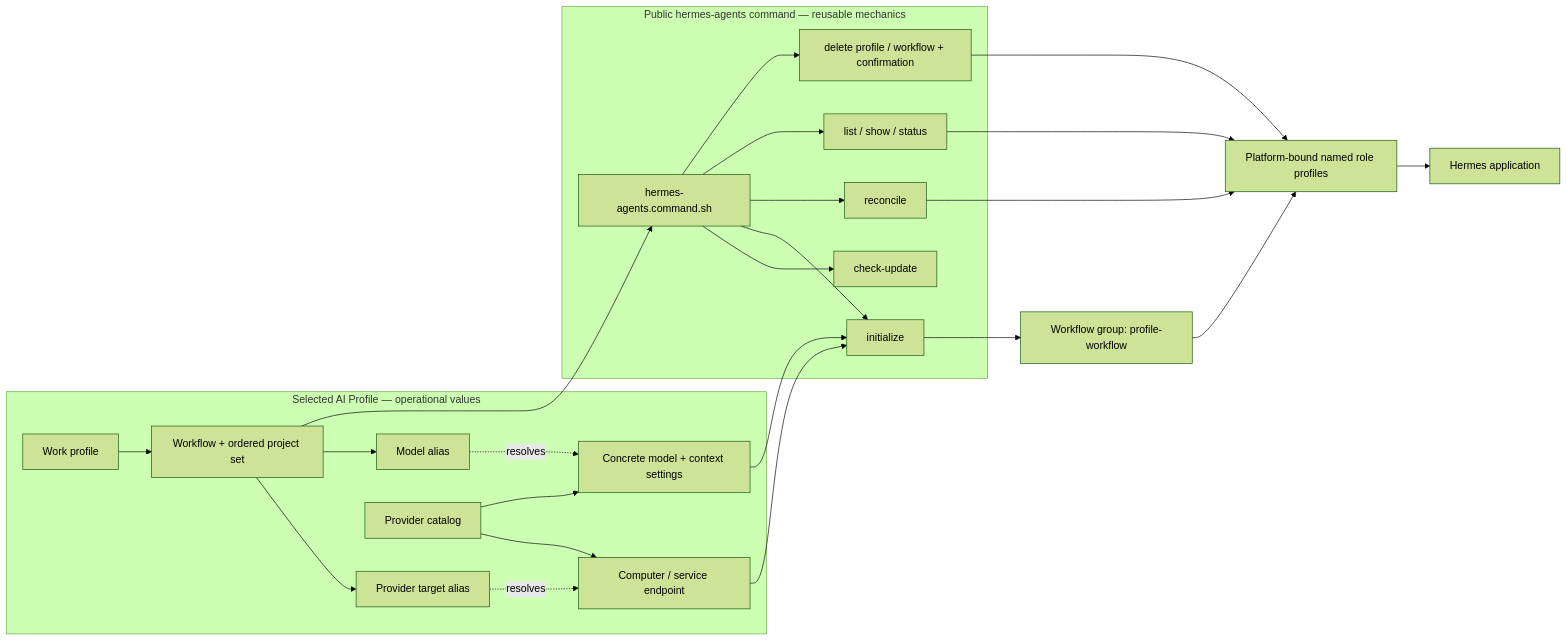
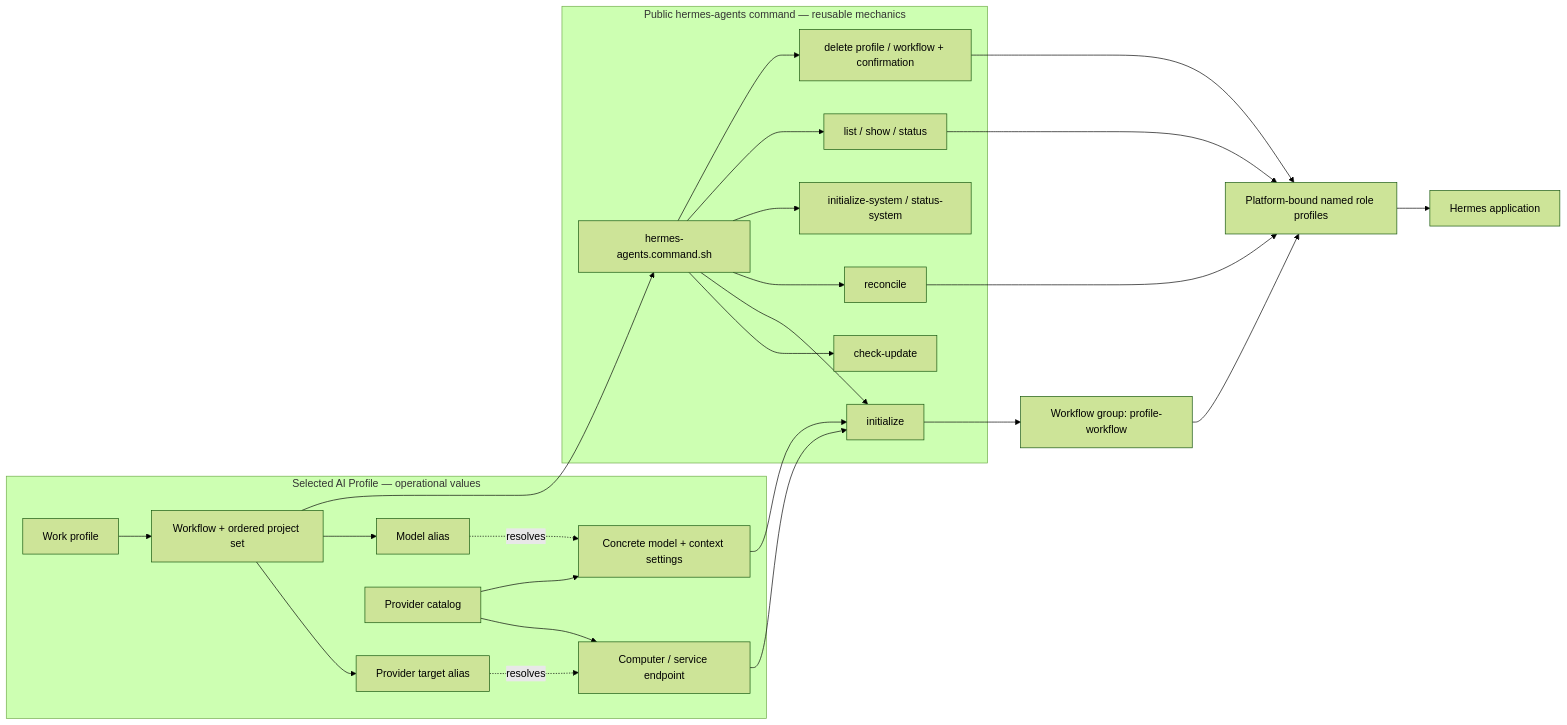
The diagram in ai-commands/hermes-agents/hermes-agents.command.md (starodubtsevconsulting/ai-fleas), drawn with Mermaid (forest theme) before and after one commit. The commit also changed other lines of this file and 10 other files, not shown here.

````diff
--- a/ai-commands/hermes-agents/hermes-agents.command.md
+++ b/ai-commands/hermes-agents/hermes-agents.command.md
@@ -10,36 +10,38 @@
 ```mermaid
 flowchart LR
   subgraph PrivateProfile["Selected AI Profile — operational values"]
     Profile["Work profile"] --> Workflow["Workflow + ordered project set"]
     Workflow --> TargetAlias["Provider target alias"]
     Workflow --> ModelAlias["Model alias"]
     Catalog["Provider catalog"] --> Target["Computer / service endpoint"]
     Catalog --> Model["Concrete model + context settings"]
     TargetAlias -. resolves .-> Target
     ModelAlias -. resolves .-> Model
   end
 
   subgraph PublicCommand["Public hermes-agents command — reusable mechanics"]
     Dispatcher["hermes-agents.command.sh"]
     CheckUpdate["check-update"]
     Initialize["initialize"]
     Reconcile["reconcile"]
+    System["initialize-system / status-system"]
     Inspect["list / show / status"]
     Delete["delete profile / workflow + confirmation"]
     Dispatcher --> CheckUpdate
     Dispatcher --> Initialize
     Dispatcher --> Reconcile
+    Dispatcher --> System
     Dispatcher --> Inspect
     Dispatcher --> Delete
   end
 
   Workflow --> Dispatcher
   Target --> Initialize
   Model --> Initialize
   Initialize --> Group["Workflow group: profile-workflow"]
   Group --> Roster["Platform-bound named role profiles"]
   Reconcile --> Roster
   Inspect --> Roster
   Delete --> Roster
   Roster --> App["Hermes application"]
 ```
````
